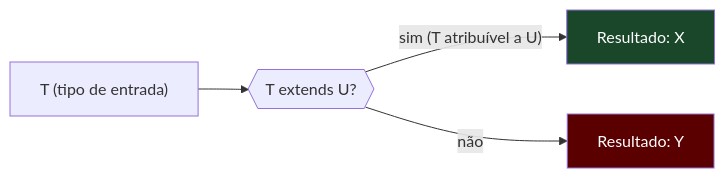
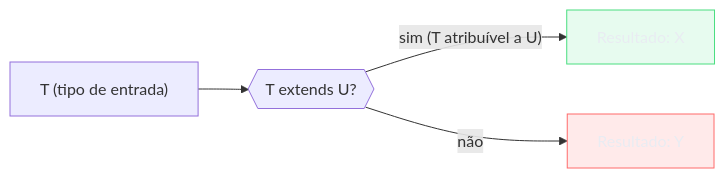
The first of 5 diagrams in 03-Dominios/Tecnologia/TypeScript/13 - Conditional types.md (josenaldo/codex-technomanticus), drawn with Mermaid before and after one commit. The commit also changed other lines of this file and 1181 other files, not shown here.

First line of the commit message:
fix(diagramas): paleta do sistema no lugar de cor cravada no markdown

````diff
--- a/03-Dominios/Tecnologia/TypeScript/13 - Conditional types.md
+++ b/03-Dominios/Tecnologia/TypeScript/13 - Conditional types.md
@@ -41,14 +41,16 @@
 ```mermaid
 flowchart LR
+    classDef ok fill:#4ADE8021,stroke:#4ADE80,color:#E9ECF2
+    classDef falha fill:#FF6B6B24,stroke:#FF6B6B,color:#E9ECF2
     T["T (tipo de entrada)"]
     Q{{"T extends U?"}}
     X["Resultado: X"]
     Y["Resultado: Y"]
 
     T --> Q
     Q -- "sim (T atribuível a U)" --> X
     Q -- "não" --> Y
 
-    style X fill:#1a472a,color:#fff
-    style Y fill:#5a0000,color:#fff
+    class X ok
+    class Y falha
 ```
````
